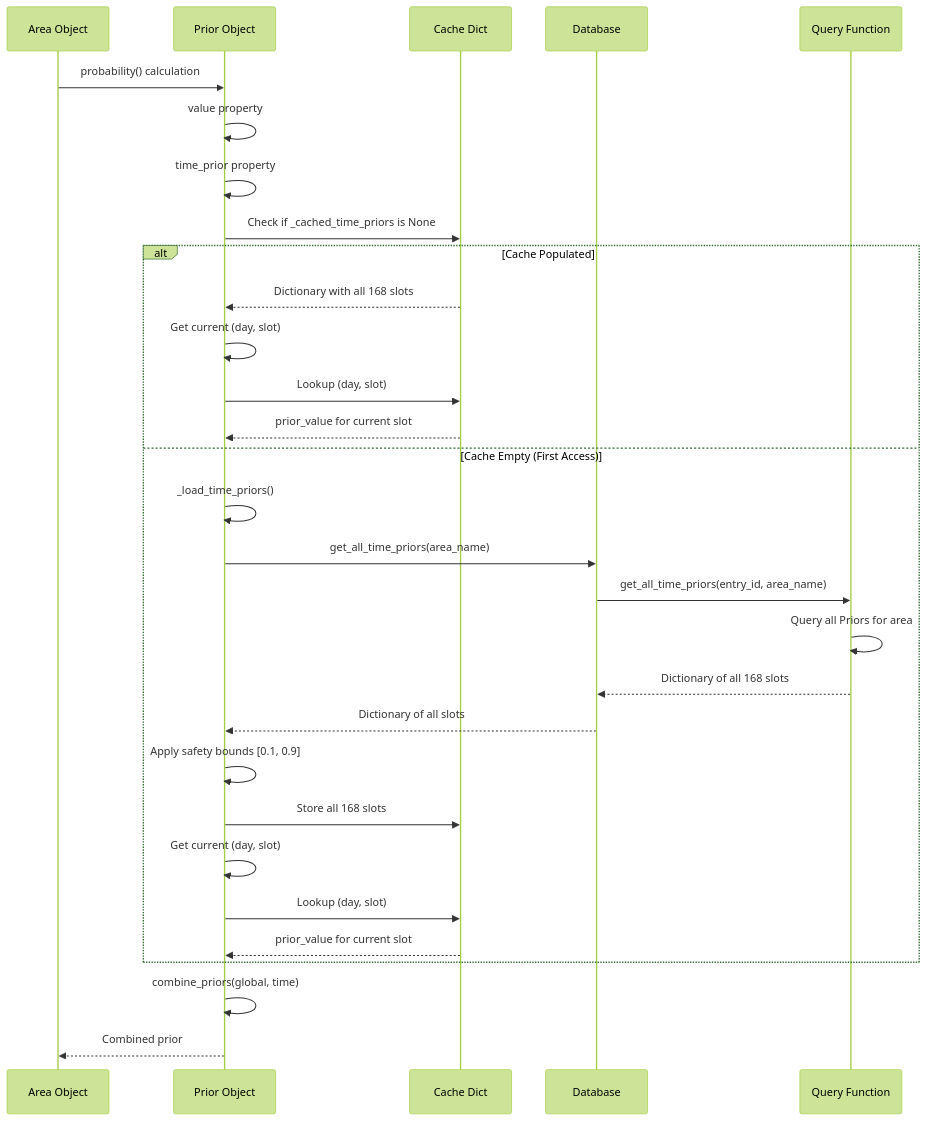
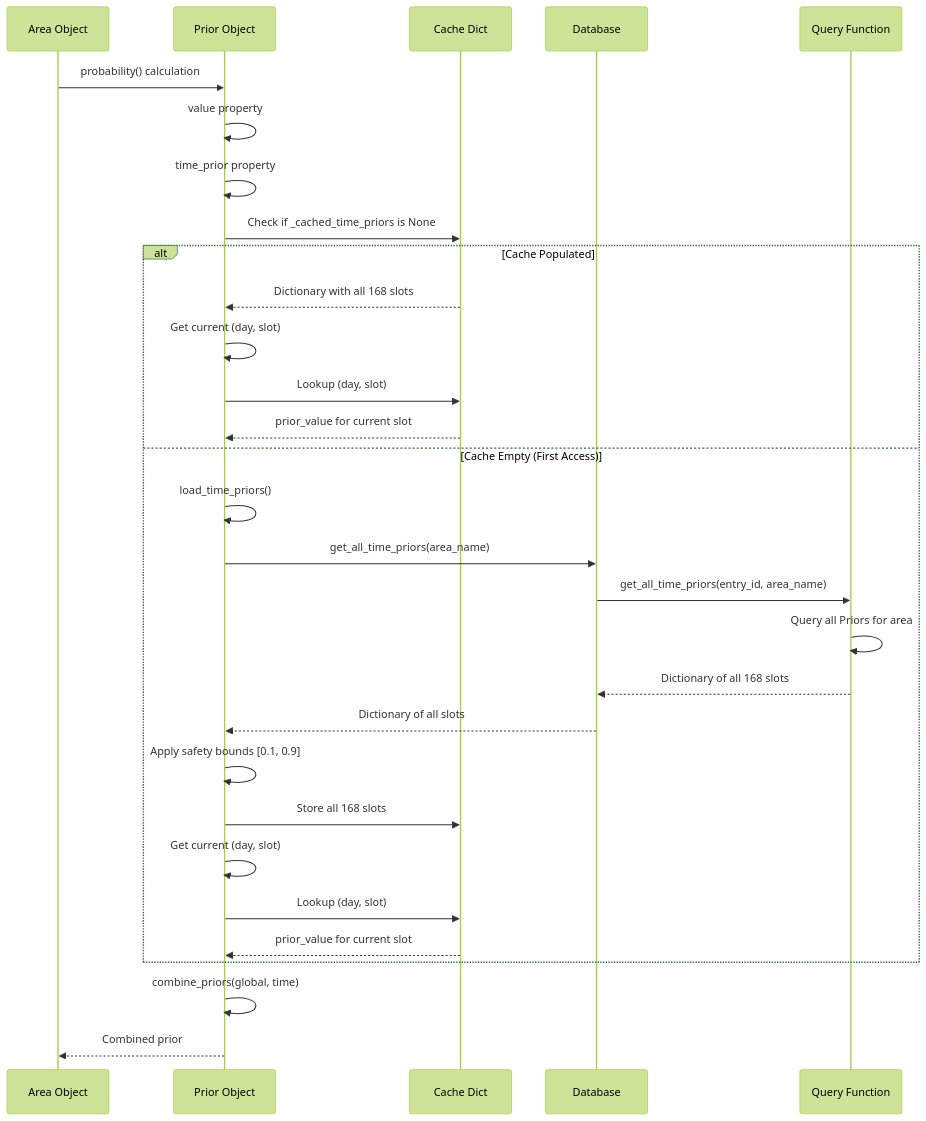
The first of 3 diagrams in docs/docs/technical/time-prior-flow.md (Hankanman/Area-Occupancy-Detection), drawn with Mermaid (forest theme) before and after one commit. The commit also changed other lines of this file and 17 other files, not shown here.

````diff
--- a/docs/docs/technical/time-prior-flow.md
+++ b/docs/docs/technical/time-prior-flow.md
@@ -397,35 +398,35 @@
 ```mermaid
 sequenceDiagram
     participant Area as Area Object
     participant Prior as Prior Object
     participant Cache as Cache Dict
     participant DB as Database
     participant Query as Query Function
 
     Area->>Prior: probability() calculation
     Prior->>Prior: value property
     Prior->>Prior: time_prior property
     Prior->>Cache: Check if _cached_time_priors is None
 
     alt Cache Populated
         Cache-->>Prior: Dictionary with all 168 slots
         Prior->>Prior: Get current (day, slot)
         Prior->>Cache: Lookup (day, slot)
         Cache-->>Prior: prior_value for current slot
     else Cache Empty (First Access)
-        Prior->>Prior: _load_time_priors()
+        Prior->>Prior: load_time_priors()
         Prior->>DB: get_all_time_priors(area_name)
         DB->>Query: get_all_time_priors(entry_id, area_name)
         Query->>Query: Query all Priors for area
         Query-->>DB: Dictionary of all 168 slots
         DB-->>Prior: Dictionary of all slots
         Prior->>Prior: Apply safety bounds [0.1, 0.9]
         Prior->>Cache: Store all 168 slots
         Prior->>Prior: Get current (day, slot)
         Prior->>Cache: Lookup (day, slot)
         Cache-->>Prior: prior_value for current slot
     end
 
     Prior->>Prior: combine_priors(global, time)
     Prior-->>Area: Combined prior
 ```
````
